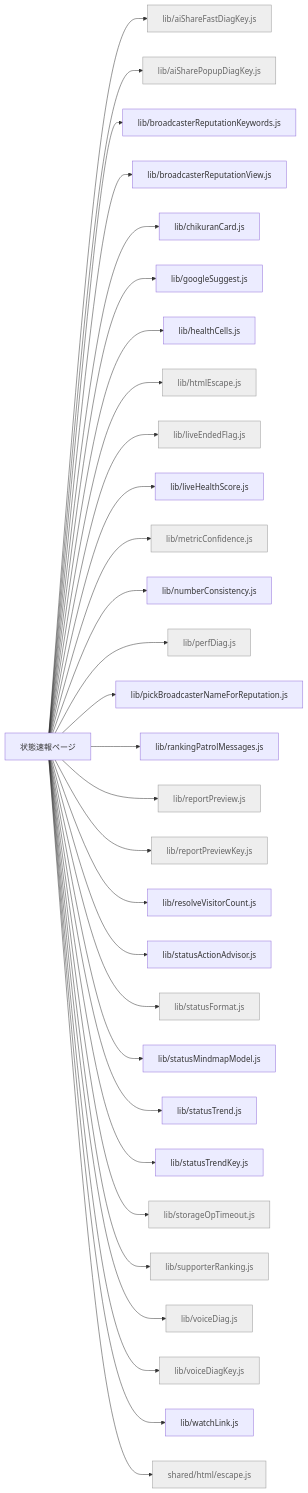
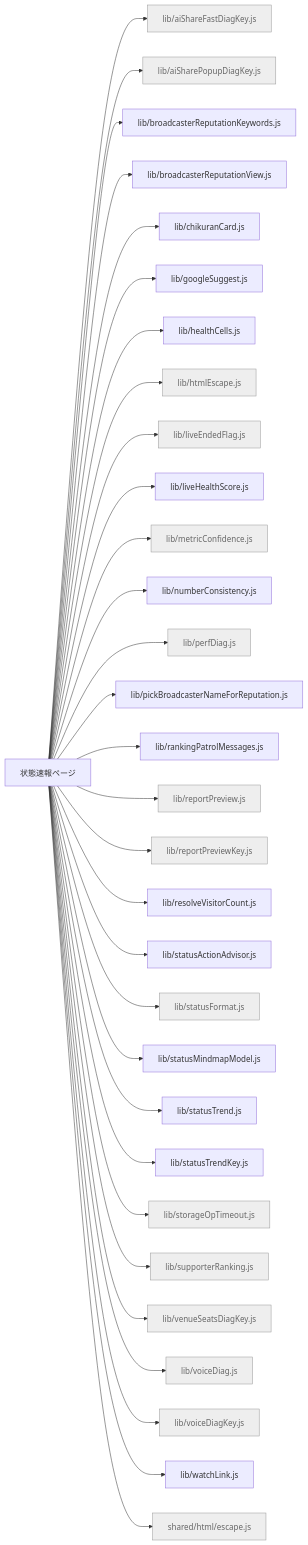
Before and after one commit to kimito-link/tsuioku-no-kirameki.com: the diagram in docs/feature-map/status.md, drawn with Mermaid. The commit also changed other lines of this file and 21 other files, not shown here.

````diff
--- a/docs/feature-map/status.md
+++ b/docs/feature-map/status.md
@@ -13,34 +13,35 @@
 ```mermaid
 graph LR
   n_status["状態速報ページ"]
   n_status --> n_src_lib_aiShareFastDiagKey_js["lib/aiShareFastDiagKey.js"]:::shared
   n_status --> n_src_lib_aiSharePopupDiagKey_js["lib/aiSharePopupDiagKey.js"]:::shared
   n_status --> n_src_lib_broadcasterReputationKeywords_js["lib/broadcasterReputationKeywords.js"]
   n_status --> n_src_lib_broadcasterReputationView_js["lib/broadcasterReputationView.js"]
   n_status --> n_src_lib_chikuranCard_js["lib/chikuranCard.js"]
   n_status --> n_src_lib_googleSuggest_js["lib/googleSuggest.js"]
   n_status --> n_src_lib_healthCells_js["lib/healthCells.js"]
   n_status --> n_src_lib_htmlEscape_js["lib/htmlEscape.js"]:::shared
   n_status --> n_src_lib_liveEndedFlag_js["lib/liveEndedFlag.js"]:::shared
   n_status --> n_src_lib_liveHealthScore_js["lib/liveHealthScore.js"]
   n_status --> n_src_lib_metricConfidence_js["lib/metricConfidence.js"]:::shared
   n_status --> n_src_lib_numberConsistency_js["lib/numberConsistency.js"]
   n_status --> n_src_lib_perfDiag_js["lib/perfDiag.js"]:::shared
   n_status --> n_src_lib_pickBroadcasterNameForReputation_js["lib/pickBroadcasterNameForReputation.js"]
   n_status --> n_src_lib_rankingPatrolMessages_js["lib/rankingPatrolMessages.js"]
   n_status --> n_src_lib_reportPreview_js["lib/reportPreview.js"]:::shared
   n_status --> n_src_lib_reportPreviewKey_js["lib/reportPreviewKey.js"]:::shared
   n_status --> n_src_lib_resolveVisitorCount_js["lib/resolveVisitorCount.js"]
   n_status --> n_src_lib_statusActionAdvisor_js["lib/statusActionAdvisor.js"]
   n_status --> n_src_lib_statusFormat_js["lib/statusFormat.js"]:::shared
   n_status --> n_src_lib_statusMindmapModel_js["lib/statusMindmapModel.js"]
   n_status --> n_src_lib_statusTrend_js["lib/statusTrend.js"]
   n_status --> n_src_lib_statusTrendKey_js["lib/statusTrendKey.js"]
   n_status --> n_src_lib_storageOpTimeout_js["lib/storageOpTimeout.js"]:::shared
   n_status --> n_src_lib_supporterRanking_js["lib/supporterRanking.js"]:::shared
+  n_status --> n_src_lib_venueSeatsDiagKey_js["lib/venueSeatsDiagKey.js"]:::shared
   n_status --> n_src_lib_voiceDiag_js["lib/voiceDiag.js"]:::shared
   n_status --> n_src_lib_voiceDiagKey_js["lib/voiceDiagKey.js"]:::shared
   n_status --> n_src_lib_watchLink_js["lib/watchLink.js"]
   n_status --> n_src_shared_html_escape_js["shared/html/escape.js"]:::shared
   classDef shared fill:#eee,stroke:#999,color:#666;
 ```
````
